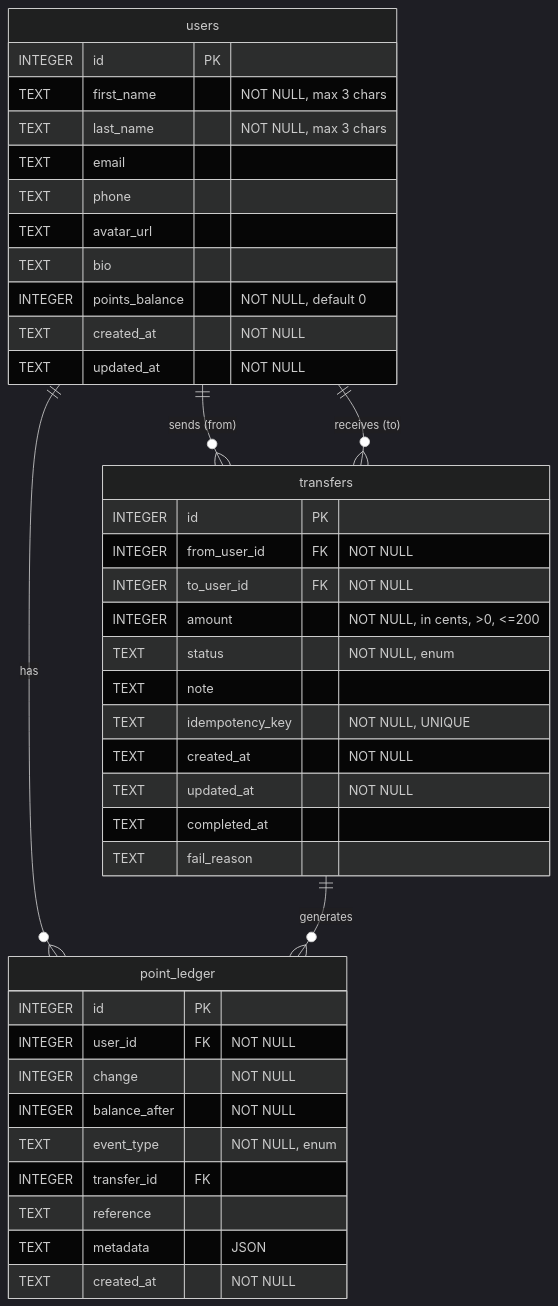
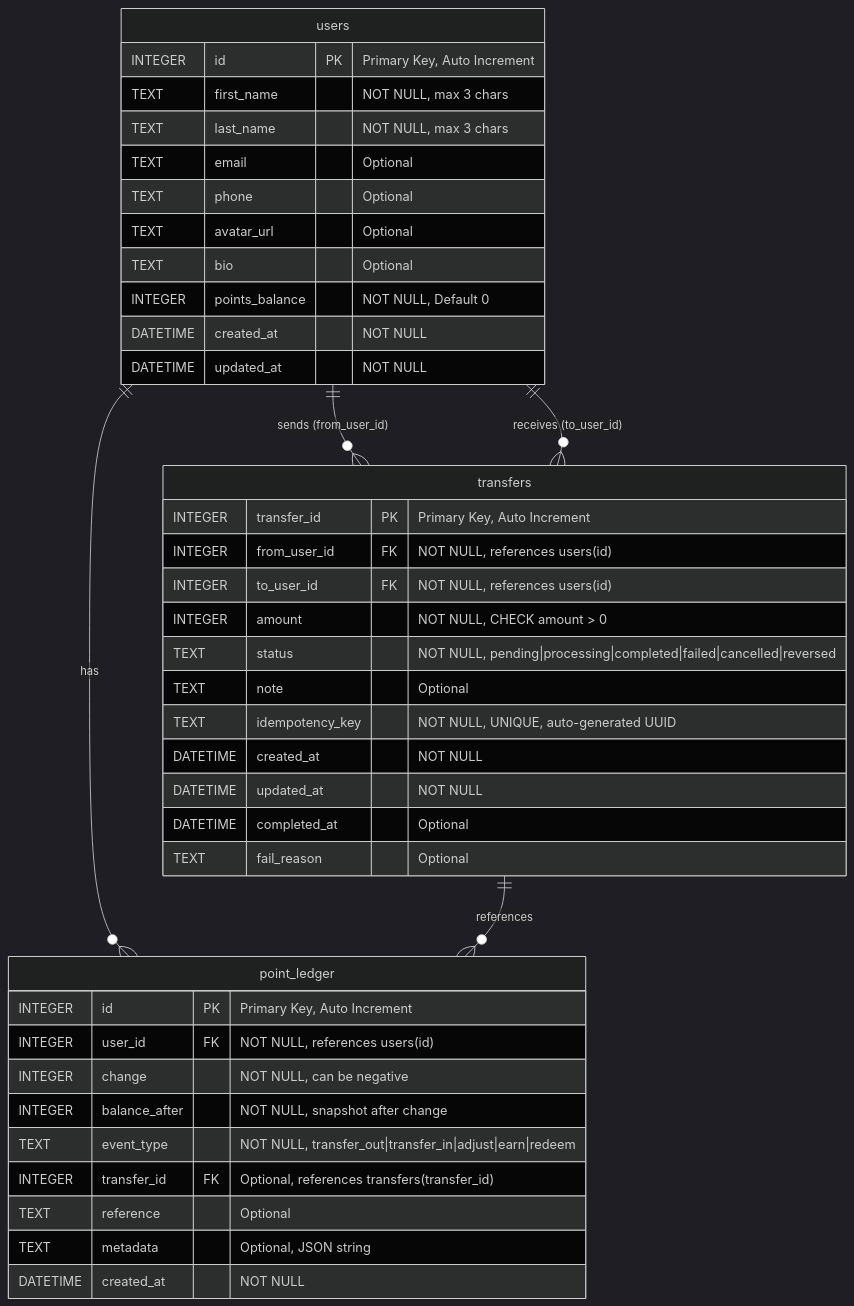
The diagram in backend/database.md (SongkranGit/ai-workshop), drawn with Mermaid (dark theme) before and after one commit. The commit also changed other lines of this file, not shown here.

First line of the commit message:
docs: Update database.md with complete ER Diagram using Mermaid

````diff
--- a/backend/database.md
+++ b/backend/database.md
@@ -3,46 +5,46 @@
 ```mermaid
 erDiagram
-    users ||--o{ transfers : "sends (from)"
-    users ||--o{ transfers : "receives (to)"
+    users ||--o{ transfers : "sends (from_user_id)"
+    users ||--o{ transfers : "receives (to_user_id)"
     users ||--o{ point_ledger : "has"
-    transfers ||--o{ point_ledger : "generates"
+    transfers ||--o{ point_ledger : "references"
 
     users {
-        INTEGER id PK
+        INTEGER id PK "Primary Key, Auto Increment"
         TEXT first_name "NOT NULL, max 3 chars"
         TEXT last_name "NOT NULL, max 3 chars"
-        TEXT email
-        TEXT phone
-        TEXT avatar_url
-        TEXT bio
-        INTEGER points_balance "NOT NULL, default 0"
-        TEXT created_at "NOT NULL"
-        TEXT updated_at "NOT NULL"
+        TEXT email "Optional"
+        TEXT phone "Optional"
+        TEXT avatar_url "Optional"
+        TEXT bio "Optional"
+        INTEGER points_balance "NOT NULL, Default 0"
+        DATETIME created_at "NOT NULL"
+        DATETIME updated_at "NOT NULL"
     }
 
     transfers {
-        INTEGER id PK
-        INTEGER from_user_id FK "NOT NULL"
-        INTEGER to_user_id FK "NOT NULL"
-        INTEGER amount "NOT NULL, in cents, >0, <=200"
-        TEXT status "NOT NULL, enum"
-        TEXT note
-        TEXT idempotency_key "NOT NULL, UNIQUE"
-        TEXT created_at "NOT NULL"
-        TEXT updated_at "NOT NULL"
-        TEXT completed_at
-        TEXT fail_reason
+        INTEGER transfer_id PK "Primary Key, Auto Increment"
+        INTEGER from_user_id FK "NOT NULL, references users(id)"
+        INTEGER to_user_id FK "NOT NULL, references users(id)"
+        INTEGER amount "NOT NULL, CHECK amount > 0"
+        TEXT status "NOT NULL, pending|processing|completed|failed|cancelled|reversed"
+        TEXT note "Optional"
+        TEXT idempotency_key "NOT NULL, UNIQUE, auto-generated UUID"
+        DATETIME created_at "NOT NULL"
+        DATETIME updated_at "NOT NULL"
+        DATETIME completed_at "Optional"
+        TEXT fail_reason "Optional"
     }
 
     point_ledger {
-        INTEGER id PK
-        INTEGER user_id FK "NOT NULL"
-        INTEGER change "NOT NULL"
-        INTEGER balance_after "NOT NULL"
-        TEXT event_type "NOT NULL, enum"
-        INTEGER transfer_id FK
-        TEXT reference
-        TEXT metadata "JSON"
-        TEXT created_at "NOT NULL"
+        INTEGER id PK "Primary Key, Auto Increment"
+        INTEGER user_id FK "NOT NULL, references users(id)"
+        INTEGER change "NOT NULL, can be negative"
+        INTEGER balance_after "NOT NULL, snapshot after change"
+        TEXT event_type "NOT NULL, transfer_out|transfer_in|adjust|earn|redeem"
+        INTEGER transfer_id FK "Optional, references transfers(transfer_id)"
+        TEXT reference "Optional"
+        TEXT metadata "Optional, JSON string"
+        DATETIME created_at "NOT NULL"
     }
 ```
````
